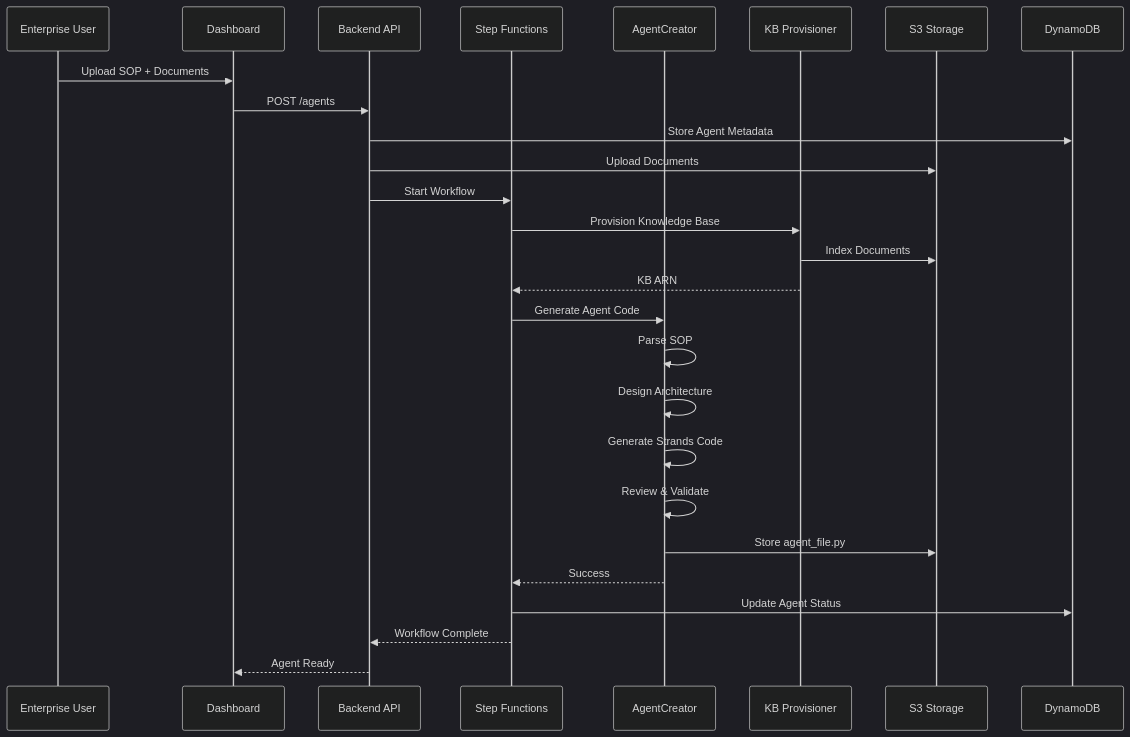
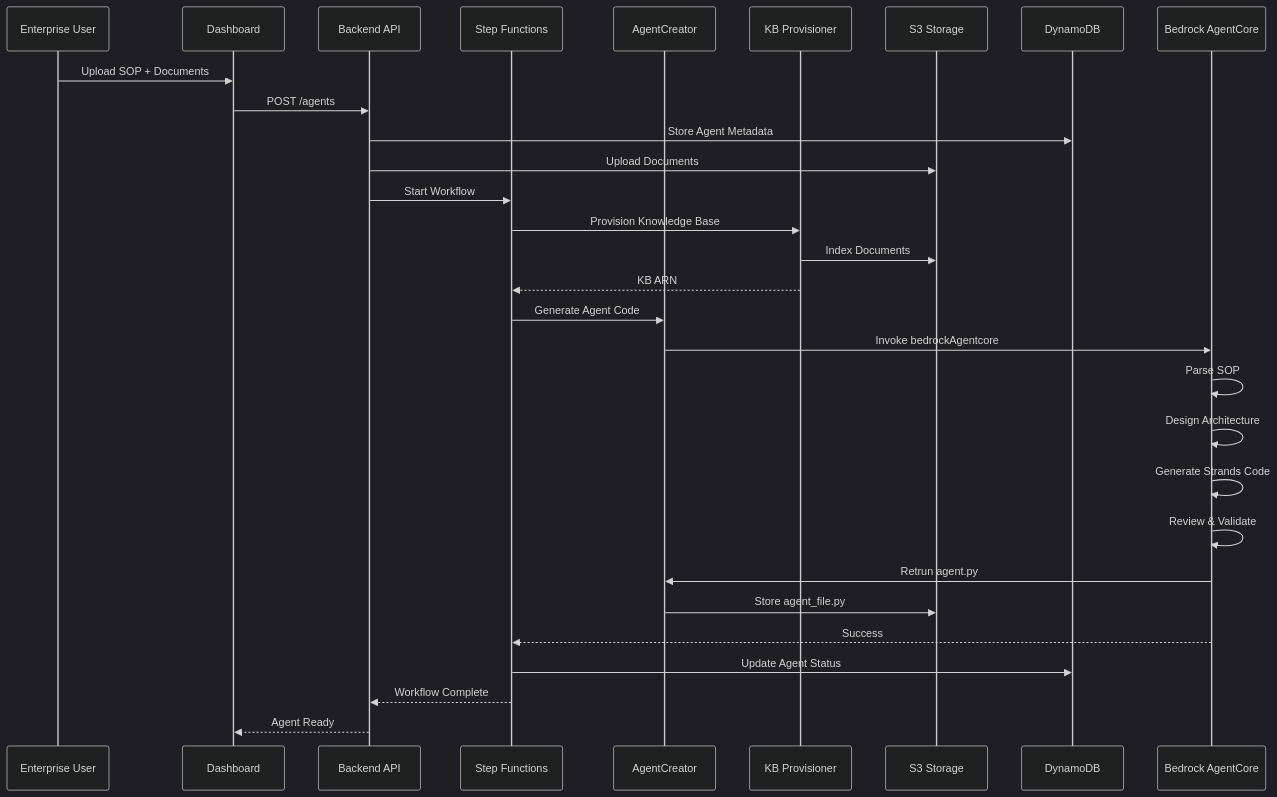
Before and after one commit to chandra447/Oratio: the third of 8 diagrams in README.md, drawn with Mermaid (dark theme). The commit also changed other lines of this file, not shown here.

First line of the commit message:
docs(diagrams): refine agent architecture flow and API endpoint patterns

````diff
--- a/README.md
+++ b/README.md
@@ -139,33 +139,36 @@
 ```mermaid
 sequenceDiagram
     participant User as Enterprise User
     participant UI as Dashboard
     participant API as Backend API
     participant SF as Step Functions
-    participant AC as AgentCreator
+    participant ACL as AgentCreator
     participant KB as KB Provisioner
     participant S3 as S3 Storage
     participant DB as DynamoDB
+    participant AC as Bedrock AgentCore
 
     User->>UI: Upload SOP + Documents
     UI->>API: POST /agents
     API->>DB: Store Agent Metadata
     API->>S3: Upload Documents
     API->>SF: Start Workflow
     
     SF->>KB: Provision Knowledge Base
     KB->>S3: Index Documents
     KB-->>SF: KB ARN
     
-    SF->>AC: Generate Agent Code
+    SF->>ACL: Generate Agent Code
+    ACL->> AC: Invoke bedrockAgentcore
     AC->>AC: Parse SOP
     AC->>AC: Design Architecture
     AC->>AC: Generate Strands Code
     AC->>AC: Review & Validate
-    AC->>S3: Store agent_file.py
+    AC->>ACL: Retrun agent.py
+    ACL->>S3: Store agent_file.py
     AC-->>SF: Success
     
     SF->>DB: Update Agent Status
     SF-->>API: Workflow Complete
     API-->>UI: Agent Ready
 ```
````
